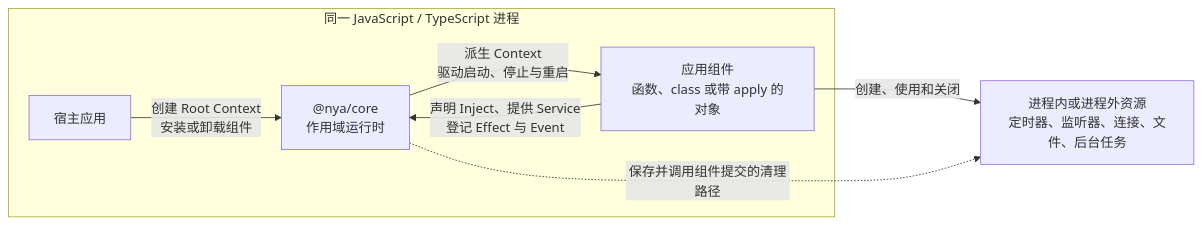
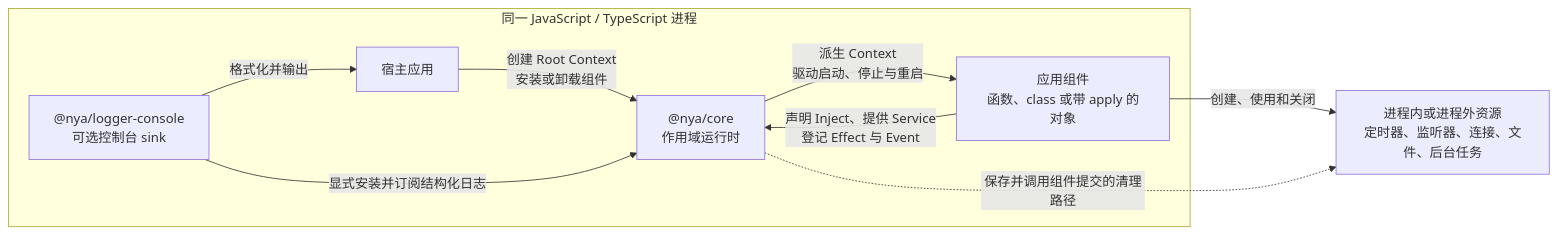
The first of 9 diagrams in docs/architecture.md (fanfan-de/NyaCore), drawn with Mermaid before and after one commit. The commit also changed other lines of this file and 31 other files, not shown here.

````diff
--- a/docs/architecture.md
+++ b/docs/architecture.md
@@ -34,17 +34,20 @@
 ```mermaid
 flowchart LR
     subgraph Process["同一 JavaScript / TypeScript 进程"]
         Host["宿主应用"]
         Core["@nya/core<br/>作用域运行时"]
+        ConsoleLogger["@nya/logger-console<br/>可选控制台 sink"]
         Components["应用组件<br/>函数、class 或带 apply 的对象"]
 
         Host -->|"创建 Root Context<br/>安装或卸载组件"| Core
         Core -->|"派生 Context<br/>驱动启动、停止与重启"| Components
         Components -->|"声明 Inject、提供 Service<br/>登记 Effect 与 Event"| Core
+        ConsoleLogger -->|"显式安装并订阅结构化日志"| Core
+        ConsoleLogger -->|"格式化并输出"| Host
     end
 
     Resources["进程内或进程外资源<br/>定时器、监听器、连接、文件、后台任务"]
 
     Components -->|"创建、使用和关闭"| Resources
     Core -.->|"保存并调用组件提交的清理路径"| Resources
 ```
````
